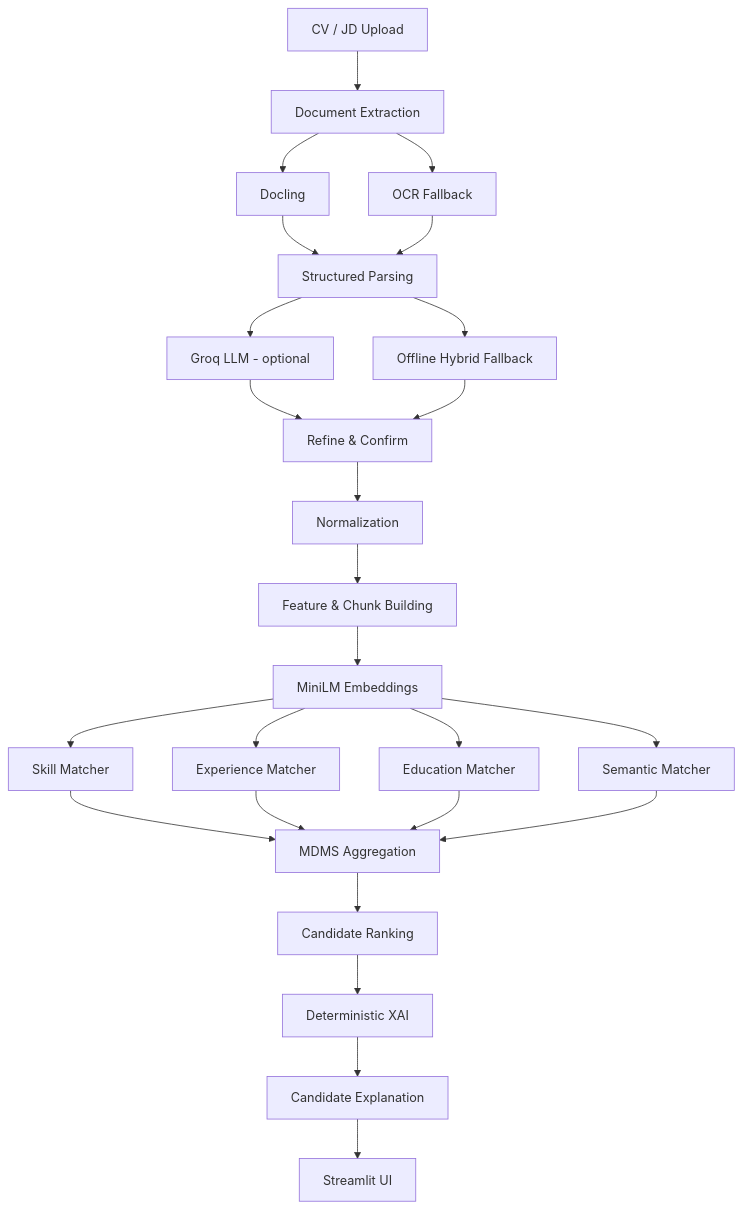
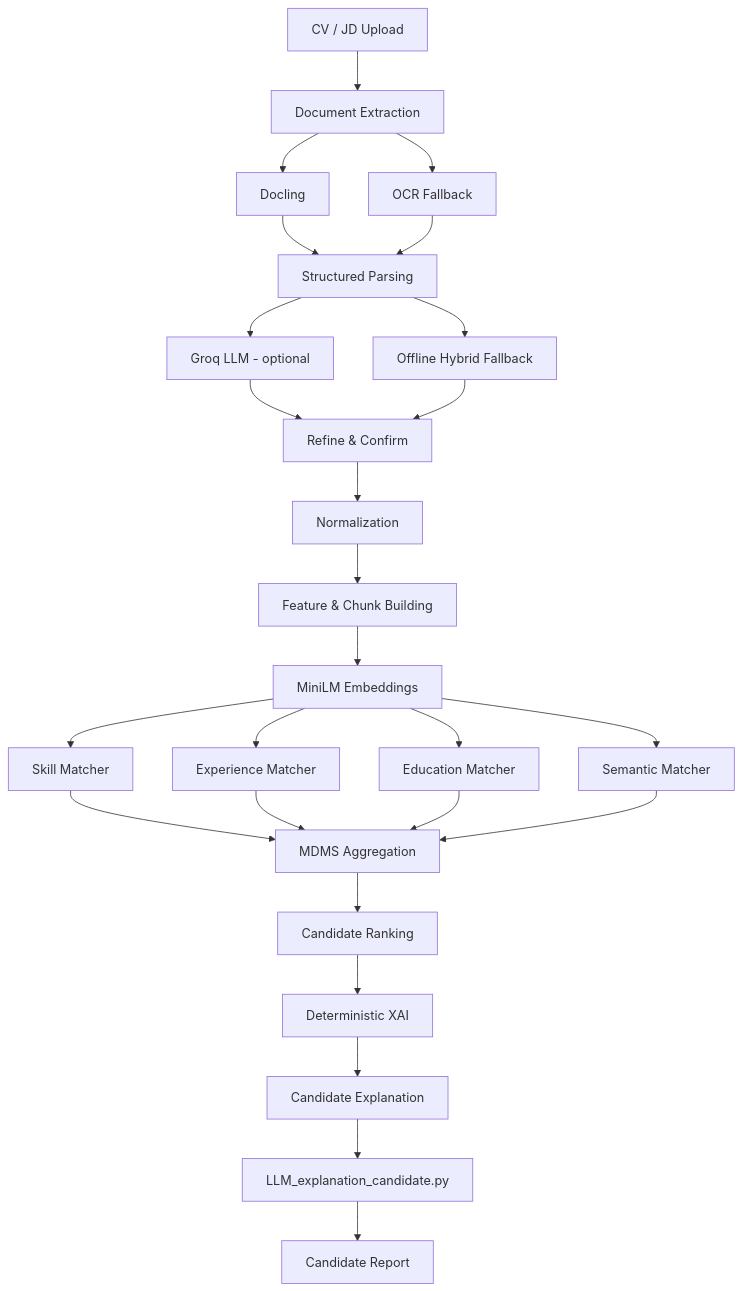
The diagram in README.md (huycuong-2112/Intelligent-Recruitment-Assistant-Semantic-Resume-Screening-and-Job-Matching), drawn with Mermaid before and after one commit. The commit also changed other lines of this file, not shown here.

````diff
--- a/README.md
+++ b/README.md
@@ -37,33 +37,34 @@
 ```mermaid
 flowchart TD
     A[CV / JD Upload] --> B[Document Extraction]
     B --> B1[Docling]
     B --> B2[OCR Fallback]
     B1 --> C[Structured Parsing]
     B2 --> C
 
     C --> C1[Groq LLM - optional]
     C --> C2[Offline Hybrid Fallback]
 
     C1 --> D[Refine & Confirm]
     C2 --> D
 
     D --> E[Normalization]
     E --> F[Feature & Chunk Building]
     F --> G[MiniLM Embeddings]
 
     G --> H1[Skill Matcher]
     G --> H2[Experience Matcher]
     G --> H3[Education Matcher]
     G --> H4[Semantic Matcher]
 
     H1 --> I[MDMS Aggregation]
     H2 --> I
     H3 --> I
     H4 --> I
 
     I --> J[Candidate Ranking]
     J --> K[Deterministic XAI]
     K --> L[Candidate Explanation]
-    L --> M[Streamlit UI]
+    L --> L1[LLM_explanation_candidate.py]
+    L1 --> M[Candidate Report]
 ```
````
